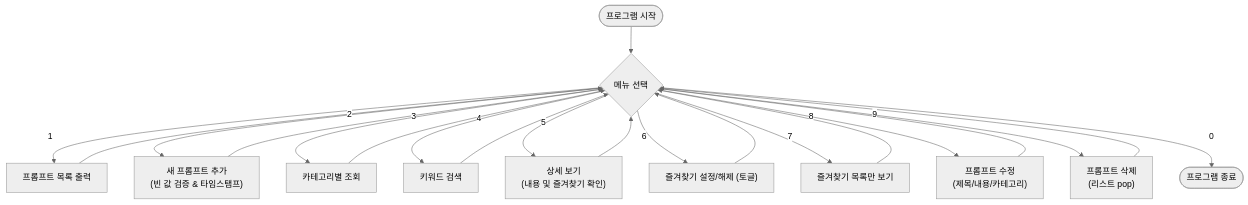
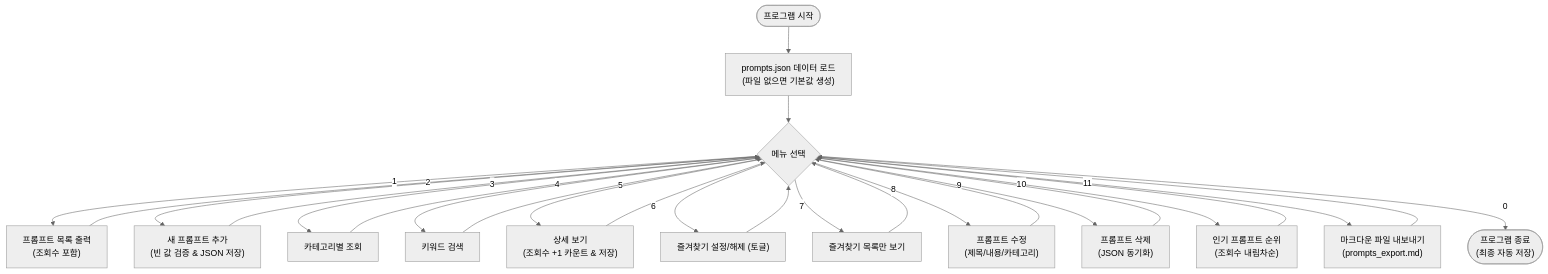
One commit to mustiolla/prompt_manager changed the diagram in README.md. Above: the diagram before and after it, drawn with Mermaid (neutral theme). The commit also changed other lines of this file and 2 other files, not shown here.

````diff
--- a/README.md
+++ b/README.md
@@ -56,25 +64,30 @@
 ```mermaid
 graph TD
-  Start([프로그램 시작]) --> MainMenu{메뉴 선택}
+  Start([프로그램 시작]) --> LoadData["prompts.json 데이터 로드<br/>(파일 없으면 기본값 생성)"]
+  LoadData --> MainMenu{메뉴 선택}
 
-  MainMenu -- "1" --> ShowList["프롬프트 목록 출력"]
-  MainMenu -- "2" --> AddPrompt["새 프롬프트 추가<br/>(빈 값 검증 & 타임스탬프)"]
+  MainMenu -- "1" --> ShowList["프롬프트 목록 출력<br/>(조회수 포함)"]
+  MainMenu -- "2" --> AddPrompt["새 프롬프트 추가<br/>(빈 값 검증 & JSON 저장)"]
   MainMenu -- "3" --> CategoryView["카테고리별 조회"]
   MainMenu -- "4" --> SearchPrompt["키워드 검색"]
-  MainMenu -- "5" --> ShowDetail["상세 보기<br/>(내용 및 즐겨찾기 확인)"]
+  MainMenu -- "5" --> ShowDetail["상세 보기<br/>(조회수 +1 카운트 & 저장)"]
   MainMenu -- "6" --> ToggleFav["즐겨찾기 설정/해제 (토글)"]
   MainMenu -- "7" --> ShowFavs["즐겨찾기 목록만 보기"]
   MainMenu -- "8" --> ModifyPrompt["프롬프트 수정<br/>(제목/내용/카테고리)"]
-  MainMenu -- "9" --> DeletePrompt["프롬프트 삭제<br/>(리스트 pop)"]
-  MainMenu -- "0" --> Exit([프로그램 종료])
+  MainMenu -- "9" --> DeletePrompt["프롬프트 삭제<br/>(JSON 동기화)"]
+  MainMenu -- "10" --> TopPrompts["인기 프롬프트 순위<br/>(조회수 내림차순)"]
+  MainMenu -- "11" --> ExportMD["마크다운 파일 내보내기<br/>(prompts_export.md)"]
+  MainMenu -- "0" --> Exit(["프로그램 종료<br/>(최종 자동 저장)"])
 
   ShowList --> MainMenu
   AddPrompt --> MainMenu
   CategoryView --> MainMenu
   SearchPrompt --> MainMenu
   ShowDetail --> MainMenu
   ToggleFav --> MainMenu
   ShowFavs --> MainMenu
   ModifyPrompt --> MainMenu
   DeletePrompt --> MainMenu
+  TopPrompts --> MainMenu
+  ExportMD --> MainMenu
 ```
````
